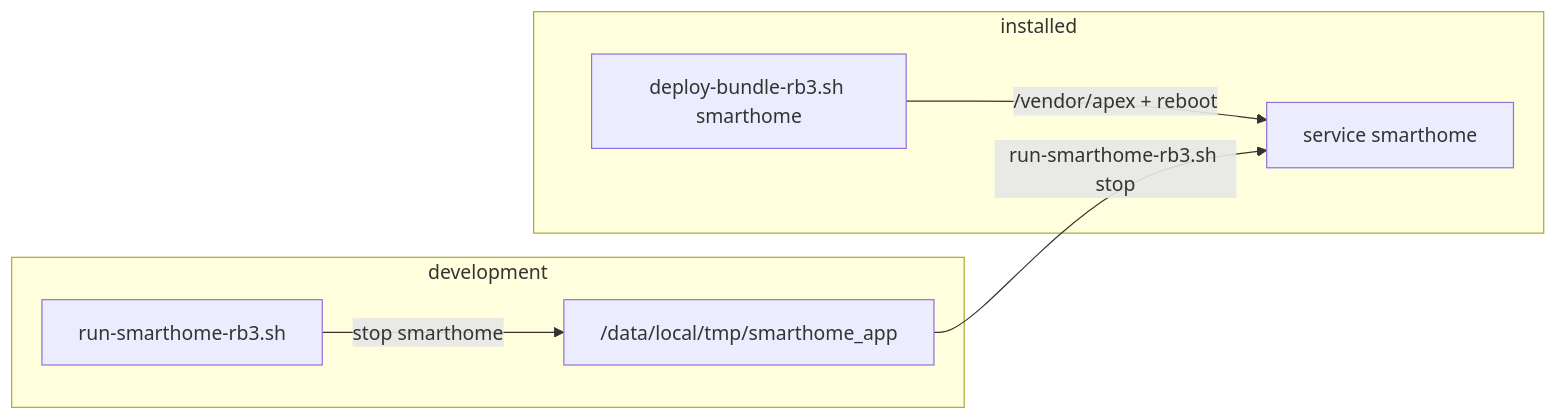
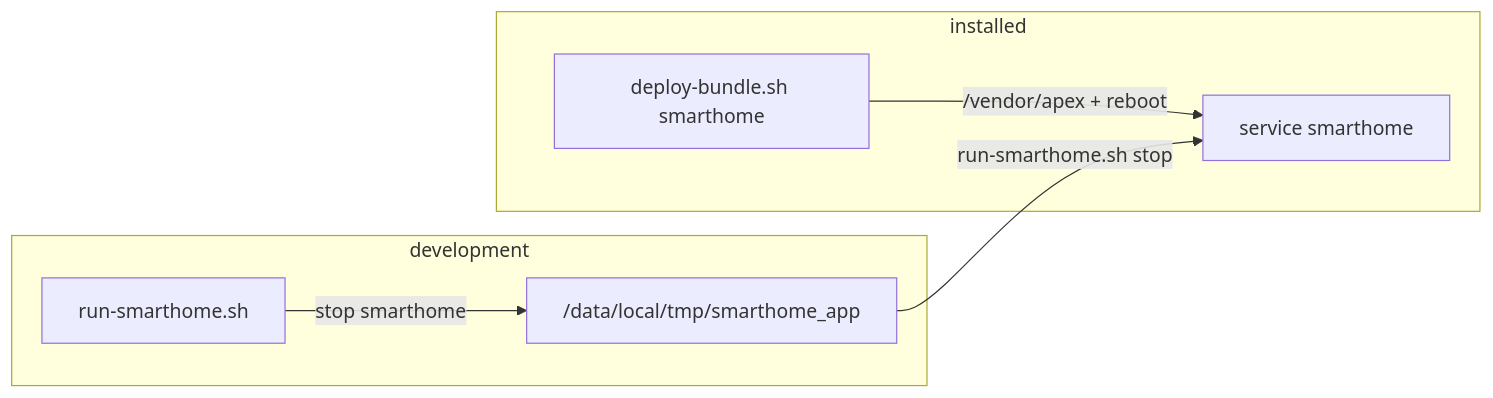
One commit to sdv-everyware/everyware changed the third of 3 diagrams in docs/concepts/9-starting-the-app.md. Above: the diagram before and after it, drawn with Mermaid. The commit also changed other lines of this file and 7 other files, not shown here.

````diff
--- a/docs/concepts/9-starting-the-app.md
+++ b/docs/concepts/9-starting-the-app.md
@@ -178,10 +181,10 @@
 ```mermaid
 flowchart LR
     subgraph dev["development"]
-        RUN["run-smarthome-rb3.sh"] -- "stop smarthome" --> X["/data/local/tmp/smarthome_app"]
+        RUN["run-smarthome.sh"] -- "stop smarthome" --> X["/data/local/tmp/smarthome_app"]
     end
     subgraph installed["installed"]
-        DEP["deploy-bundle-rb3.sh smarthome"] -- "/vendor/apex + reboot" --> SVC["service smarthome"]
+        DEP["deploy-bundle.sh smarthome"] -- "/vendor/apex + reboot" --> SVC["service smarthome"]
     end
-    X -- "run-smarthome-rb3.sh stop" --> SVC
+    X -- "run-smarthome.sh stop" --> SVC
 ```
````
